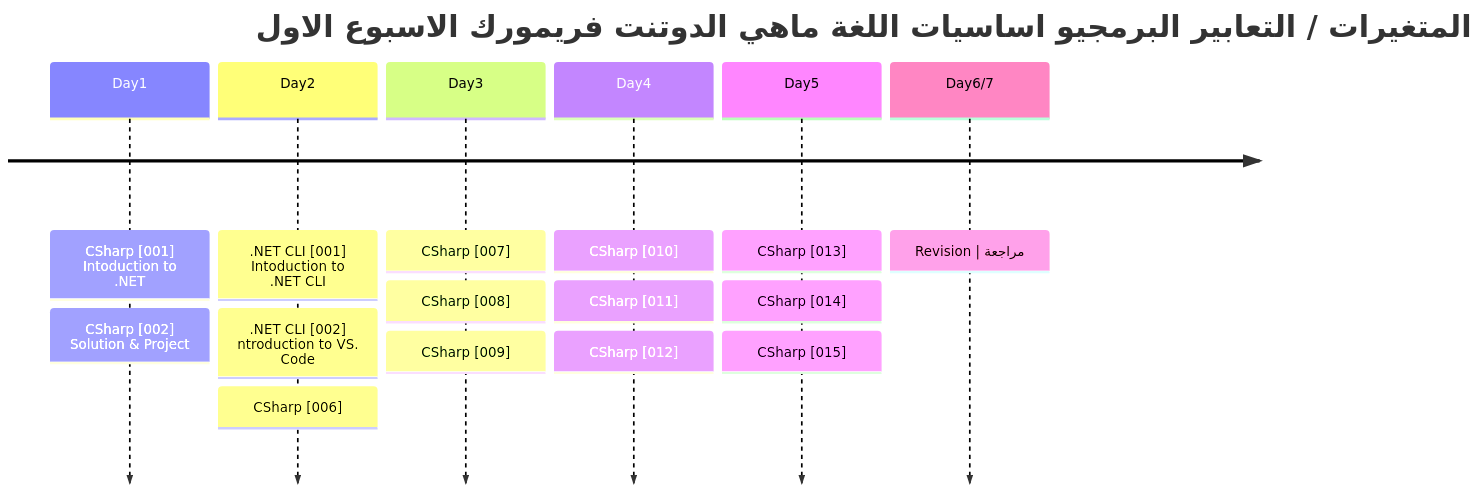
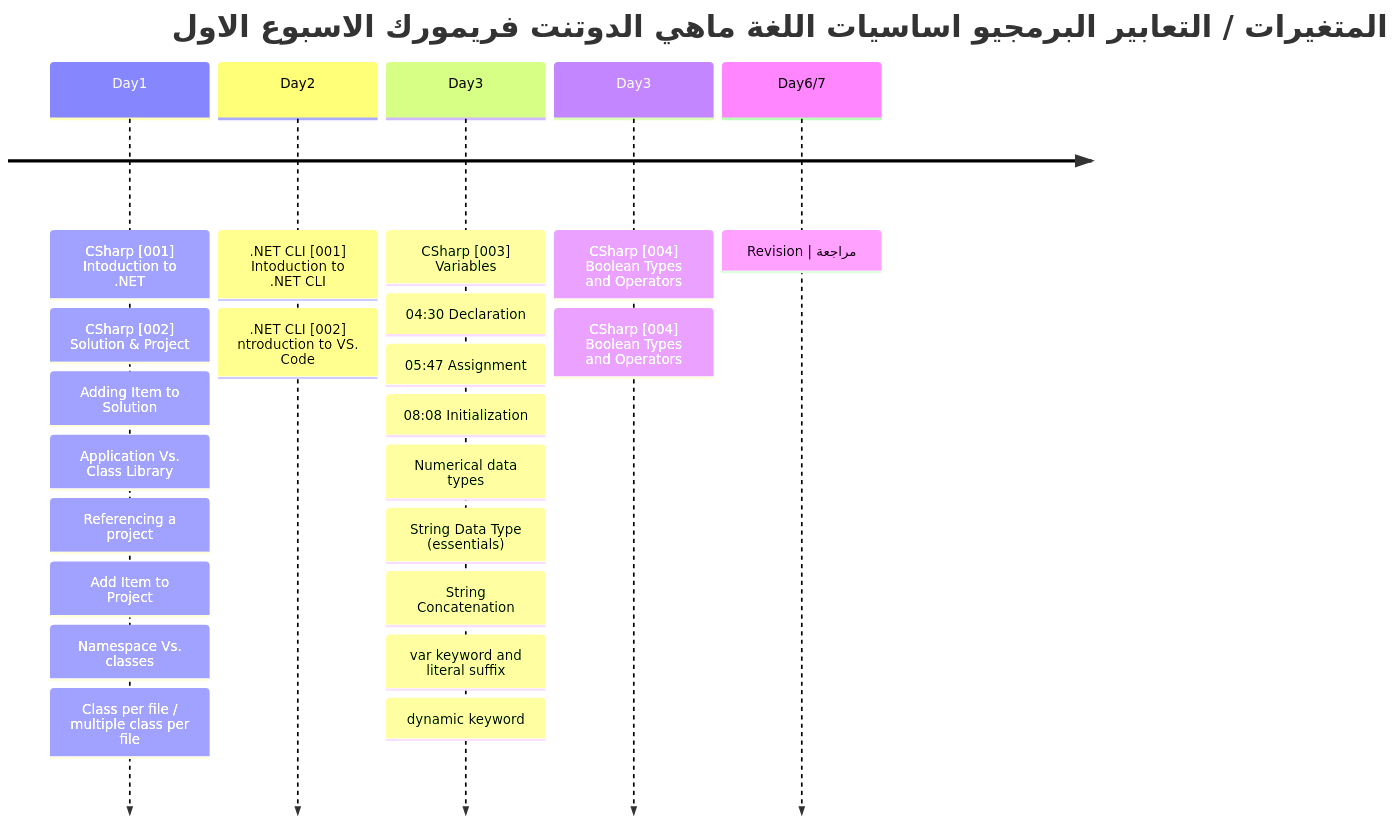
Before and after one commit to metigator/Roadmap: the first of 3 diagrams in README.md, drawn with Mermaid.

````diff
--- a/README.md
+++ b/README.md
@@ -1,19 +1,26 @@
 ```mermaid
 timeline
-    title  المتغيرات / التعابير البرمجيو اساسيات اللغة ماهي الدوتنت فريمورك  الاسبوع الاول 
+    title  المتغيرات / التعابير البرمجيو اساسيات اللغة ماهي الدوتنت فريمورك  الاسبوع الاول
     Day1 : CSharp [001] Intoduction to .NET
          : CSharp [002] Solution & Project
+         : Adding Item to Solution
+         : Application Vs. Class Library
+         : Referencing a project
+         : Add Item to Project
+         : Namespace Vs. classes
+         : Class per file / multiple class per file
     Day2 : .NET CLI [001] Intoduction to .NET CLI
          : .NET CLI [002] ntroduction to VS. Code
-         : CSharp [006] 
-    Day3 : CSharp [007]
-         : CSharp [008]
-         : CSharp [009] 
-    Day4 : CSharp [010]
-         : CSharp [011]
-         : CSharp [012] 
-    Day5 : CSharp [013]
-         : CSharp [014]
-         : CSharp [015] 
+    Day3 : CSharp [003] Variables 
+         : 04:30 Declaration
+         : 05:47 Assignment
+         : 08:08 Initialization
+         : Numerical data types
+         : String Data Type (essentials)
+         : String Concatenation
+         : var keyword and literal suffix
+         : dynamic keyword
+    Day3 : CSharp [004] Boolean Types and Operators
+         : CSharp [004] Boolean Types and Operators
   Day6/7 : Revision | مراجعة 
 ```
````
